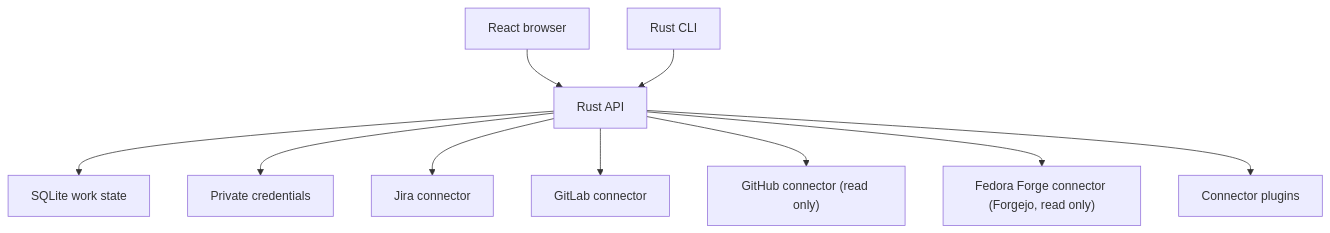
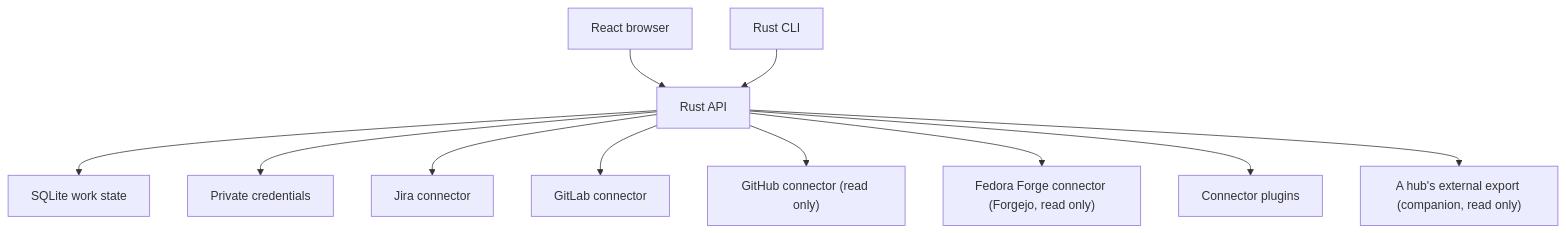
Before and after one commit to jmarrero-bot/work-tracker-poc: the diagram in docs/architecture.md, drawn with Mermaid. The commit also changed other lines of this file and 2 other files, not shown here.

First line of the commit message:
README, docs: Document hub mode

````diff
--- a/docs/architecture.md
+++ b/docs/architecture.md
@@ -3,12 +3,13 @@
 ```mermaid
 flowchart TD
   Web["React browser"] --> API["Rust API"]
   CLI["Rust CLI"] --> API
   API --> DB["SQLite work state"]
   API --> Secrets["Private credentials"]
   API --> Jira["Jira connector"]
   API --> GitLab["GitLab connector"]
   API --> GitHub["GitHub connector (read only)"]
   API --> Fedora["Fedora Forge connector (Forgejo, read only)"]
   API --> Plugins["Connector plugins"]
+  API --> Hub["A hub's external export (companion, read only)"]
 ```
````
